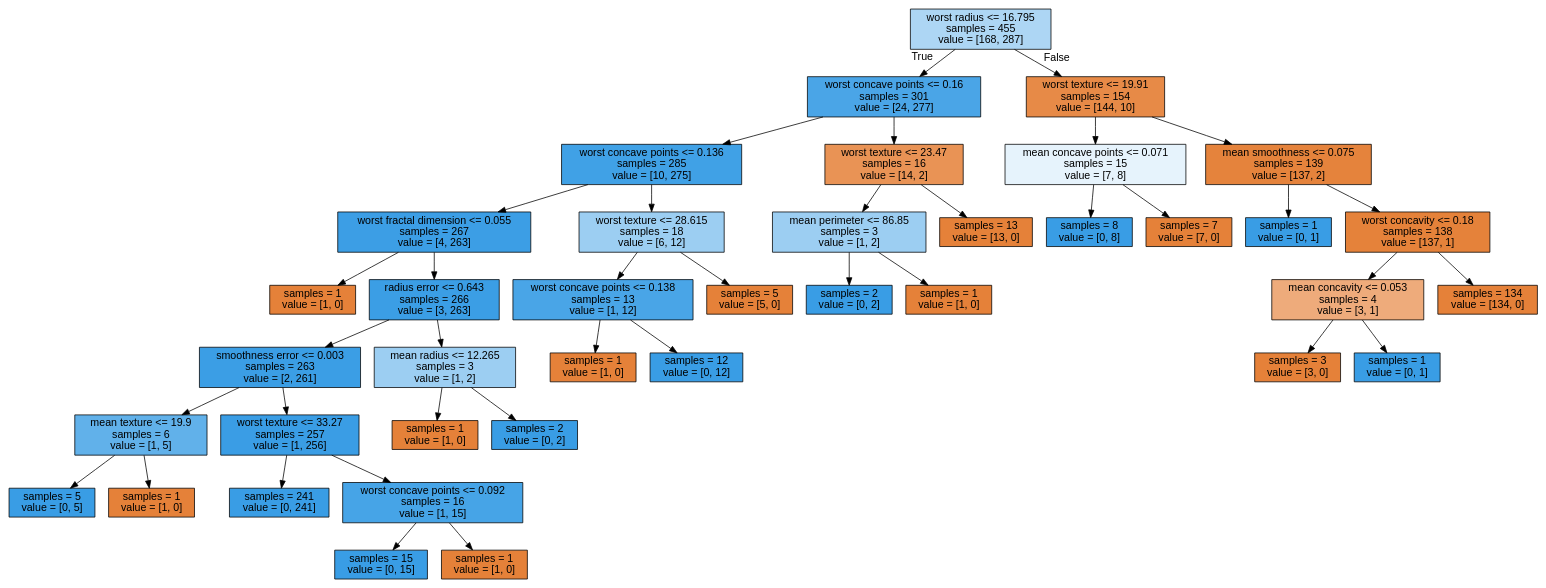
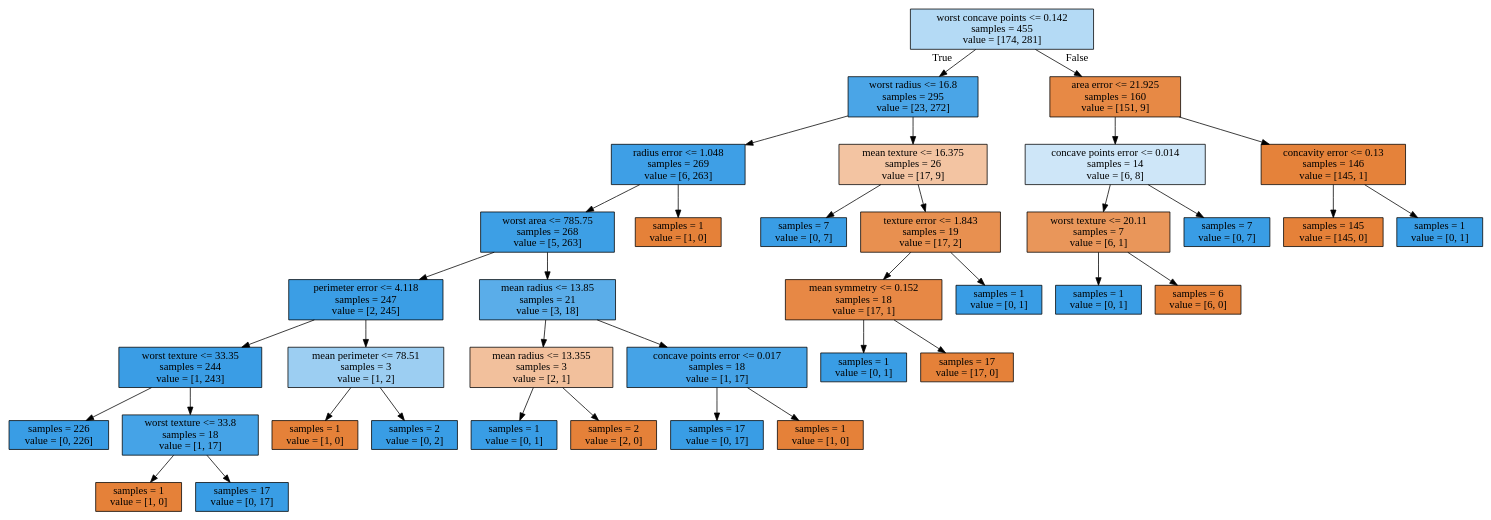
The diagram in dtl_tree_breast_cancer.dot (ferdyirawanf/Tugas-Kecil-1-IF3270), drawn with Graphviz before and after one commit. The commit also changed 8 other files, not shown here.

```diff
--- a/dtl_tree_breast_cancer.dot
+++ b/dtl_tree_breast_cancer.dot
@@ -1,81 +1,76 @@
 digraph Tree {
-node [shape=box, style="filled", color="black", fontname="helvetica"] ;
-edge [fontname="helvetica"] ;
-0 [label="worst radius <= 16.795\nsamples = 455\nvalue = [168, 287]", fillcolor="#add6f4"] ;
-1 [label="worst concave points <= 0.16\nsamples = 301\nvalue = [24, 277]", fillcolor="#4aa5e7"] ;
+node [shape=box, style="filled", color="black"] ;
+0 [label="worst concave points <= 0.142\nsamples = 455\nvalue = [174, 281]", fillcolor="#b4daf5"] ;
+1 [label="worst radius <= 16.8\nsamples = 295\nvalue = [23, 272]", fillcolor="#4aa5e7"] ;
 0 -> 1 [labeldistance=2.5, labelangle=45, headlabel="True"] ;
-2 [label="worst concave points <= 0.136\nsamples = 285\nvalue = [10, 275]", fillcolor="#40a1e6"] ;
+2 [label="radius error <= 1.048\nsamples = 269\nvalue = [6, 263]", fillcolor="#3e9fe6"] ;
 1 -> 2 ;
-3 [label="worst fractal dimension <= 0.055\nsamples = 267\nvalue = [4, 263]", fillcolor="#3c9ee5"] ;
+3 [label="worst area <= 785.75\nsamples = 268\nvalue = [5, 263]", fillcolor="#3d9fe5"] ;
 2 -> 3 ;
-4 [label="samples = 1\nvalue = [1, 0]", fillcolor="#e58139"] ;
+4 [label="perimeter error <= 4.118\nsamples = 247\nvalue = [2, 245]", fillcolor="#3b9ee5"] ;
 3 -> 4 ;
-5 [label="radius error <= 0.643\nsamples = 266\nvalue = [3, 263]", fillcolor="#3b9ee5"] ;
-3 -> 5 ;
-6 [label="smoothness error <= 0.003\nsamples = 263\nvalue = [2, 261]", fillcolor="#3b9ee5"] ;
+5 [label="worst texture <= 33.35\nsamples = 244\nvalue = [1, 243]", fillcolor="#3a9de5"] ;
+4 -> 5 ;
+6 [label="samples = 226\nvalue = [0, 226]", fillcolor="#399de5"] ;
 5 -> 6 ;
-7 [label="mean texture <= 19.9\nsamples = 6\nvalue = [1, 5]", fillcolor="#61b1ea"] ;
-6 -> 7 ;
-8 [label="samples = 5\nvalue = [0, 5]", fillcolor="#399de5"] ;
+7 [label="worst texture <= 33.8\nsamples = 18\nvalue = [1, 17]", fillcolor="#45a3e7"] ;
+5 -> 7 ;
+8 [label="samples = 1\nvalue = [1, 0]", fillcolor="#e58139"] ;
 7 -> 8 ;
-9 [label="samples = 1\nvalue = [1, 0]", fillcolor="#e58139"] ;
+9 [label="samples = 17\nvalue = [0, 17]", fillcolor="#399de5"] ;
 7 -> 9 ;
-10 [label="worst texture <= 33.27\nsamples = 257\nvalue = [1, 256]", fillcolor="#3a9de5"] ;
-6 -> 10 ;
-11 [label="samples = 241\nvalue = [0, 241]", fillcolor="#399de5"] ;
+10 [label="mean perimeter <= 78.51\nsamples = 3\nvalue = [1, 2]", fillcolor="#9ccef2"] ;
+4 -> 10 ;
+11 [label="samples = 1\nvalue = [1, 0]", fillcolor="#e58139"] ;
 10 -> 11 ;
-12 [label="worst concave points <= 0.092\nsamples = 16\nvalue = [1, 15]", fillcolor="#46a4e7"] ;
+12 [label="samples = 2\nvalue = [0, 2]", fillcolor="#399de5"] ;
 10 -> 12 ;
-13 [label="samples = 15\nvalue = [0, 15]", fillcolor="#399de5"] ;
-12 -> 13 ;
-14 [label="samples = 1\nvalue = [1, 0]", fillcolor="#e58139"] ;
-12 -> 14 ;
-15 [label="mean radius <= 12.265\nsamples = 3\nvalue = [1, 2]", fillcolor="#9ccef2"] ;
-5 -> 15 ;
-16 [label="samples = 1\nvalue = [1, 0]", fillcolor="#e58139"] ;
-15 -> 16 ;
-17 [label="samples = 2\nvalue = [0, 2]", fillcolor="#399de5"] ;
-15 -> 17 ;
-18 [label="worst texture <= 28.615\nsamples = 18\nvalue = [6, 12]", fillcolor="#9ccef2"] ;
-2 -> 18 ;
-19 [label="worst concave points <= 0.138\nsamples = 13\nvalue = [1, 12]", fillcolor="#49a5e7"] ;
-18 -> 19 ;
+13 [label="mean radius <= 13.85\nsamples = 21\nvalue = [3, 18]", fillcolor="#5aade9"] ;
+3 -> 13 ;
+14 [label="mean radius <= 13.355\nsamples = 3\nvalue = [2, 1]", fillcolor="#f2c09c"] ;
+13 -> 14 ;
+15 [label="samples = 1\nvalue = [0, 1]", fillcolor="#399de5"] ;
+14 -> 15 ;
+16 [label="samples = 2\nvalue = [2, 0]", fillcolor="#e58139"] ;
+14 -> 16 ;
+17 [label="concave points error <= 0.017\nsamples = 18\nvalue = [1, 17]", fillcolor="#45a3e7"] ;
+13 -> 17 ;
+18 [label="samples = 17\nvalue = [0, 17]", fillcolor="#399de5"] ;
+17 -> 18 ;
+19 [label="samples = 1\nvalue = [1, 0]", fillcolor="#e58139"] ;
+17 -> 19 ;
 20 [label="samples = 1\nvalue = [1, 0]", fillcolor="#e58139"] ;
-19 -> 20 ;
-21 [label="samples = 12\nvalue = [0, 12]", fillcolor="#399de5"] ;
-19 -> 21 ;
-22 [label="samples = 5\nvalue = [5, 0]", fillcolor="#e58139"] ;
-18 -> 22 ;
-23 [label="worst texture <= 23.47\nsamples = 16\nvalue = [14, 2]", fillcolor="#e99355"] ;
-1 -> 23 ;
-24 [label="mean perimeter <= 86.85\nsamples = 3\nvalue = [1, 2]", fillcolor="#9ccef2"] ;
+2 -> 20 ;
+21 [label="mean texture <= 16.375\nsamples = 26\nvalue = [17, 9]", fillcolor="#f3c4a2"] ;
+1 -> 21 ;
+22 [label="samples = 7\nvalue = [0, 7]", fillcolor="#399de5"] ;
+21 -> 22 ;
+23 [label="texture error <= 1.843\nsamples = 19\nvalue = [17, 2]", fillcolor="#e89050"] ;
+21 -> 23 ;
+24 [label="mean symmetry <= 0.152\nsamples = 18\nvalue = [17, 1]", fillcolor="#e78845"] ;
 23 -> 24 ;
-25 [label="samples = 2\nvalue = [0, 2]", fillcolor="#399de5"] ;
+25 [label="samples = 1\nvalue = [0, 1]", fillcolor="#399de5"] ;
 24 -> 25 ;
-26 [label="samples = 1\nvalue = [1, 0]", fillcolor="#e58139"] ;
+26 [label="samples = 17\nvalue = [17, 0]", fillcolor="#e58139"] ;
 24 -> 26 ;
-27 [label="samples = 13\nvalue = [13, 0]", fillcolor="#e58139"] ;
+27 [label="samples = 1\nvalue = [0, 1]", fillcolor="#399de5"] ;
 23 -> 27 ;
-28 [label="worst texture <= 19.91\nsamples = 154\nvalue = [144, 10]", fillcolor="#e78a47"] ;
+28 [label="area error <= 21.925\nsamples = 160\nvalue = [151, 9]", fillcolor="#e78945"] ;
 0 -> 28 [labeldistance=2.5, labelangle=-45, headlabel="False"] ;
-29 [label="mean concave points <= 0.071\nsamples = 15\nvalue = [7, 8]", fillcolor="#e6f3fc"] ;
+29 [label="concave points error <= 0.014\nsamples = 14\nvalue = [6, 8]", fillcolor="#cee6f8"] ;
 28 -> 29 ;
-30 [label="samples = 8\nvalue = [0, 8]", fillcolor="#399de5"] ;
+30 [label="worst texture <= 20.11\nsamples = 7\nvalue = [6, 1]", fillcolor="#e9965a"] ;
 29 -> 30 ;
-31 [label="samples = 7\nvalue = [7, 0]", fillcolor="#e58139"] ;
-29 -> 31 ;
-32 [label="mean smoothness <= 0.075\nsamples = 139\nvalue = [137, 2]", fillcolor="#e5833c"] ;
-28 -> 32 ;
-33 [label="samples = 1\nvalue = [0, 1]", fillcolor="#399de5"] ;
-32 -> 33 ;
-34 [label="worst concavity <= 0.18\nsamples = 138\nvalue = [137, 1]", fillcolor="#e5823a"] ;
-32 -> 34 ;
-35 [label="mean concavity <= 0.053\nsamples = 4\nvalue = [3, 1]", fillcolor="#eeab7b"] ;
+31 [label="samples = 1\nvalue = [0, 1]", fillcolor="#399de5"] ;
+30 -> 31 ;
+32 [label="samples = 6\nvalue = [6, 0]", fillcolor="#e58139"] ;
+30 -> 32 ;
+33 [label="samples = 7\nvalue = [0, 7]", fillcolor="#399de5"] ;
+29 -> 33 ;
+34 [label="concavity error <= 0.13\nsamples = 146\nvalue = [145, 1]", fillcolor="#e5823a"] ;
+28 -> 34 ;
+35 [label="samples = 145\nvalue = [145, 0]", fillcolor="#e58139"] ;
 34 -> 35 ;
-36 [label="samples = 3\nvalue = [3, 0]", fillcolor="#e58139"] ;
-35 -> 36 ;
-37 [label="samples = 1\nvalue = [0, 1]", fillcolor="#399de5"] ;
-35 -> 37 ;
-38 [label="samples = 134\nvalue = [134, 0]", fillcolor="#e58139"] ;
-34 -> 38 ;
+36 [label="samples = 1\nvalue = [0, 1]", fillcolor="#399de5"] ;
+34 -> 36 ;
 }
```
